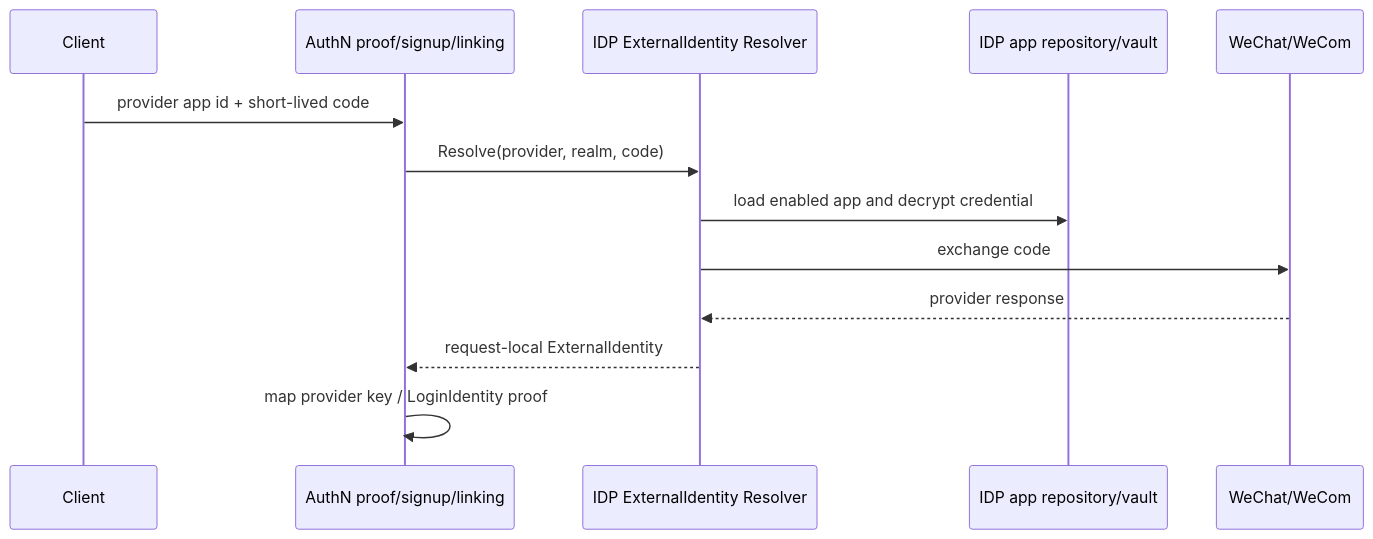
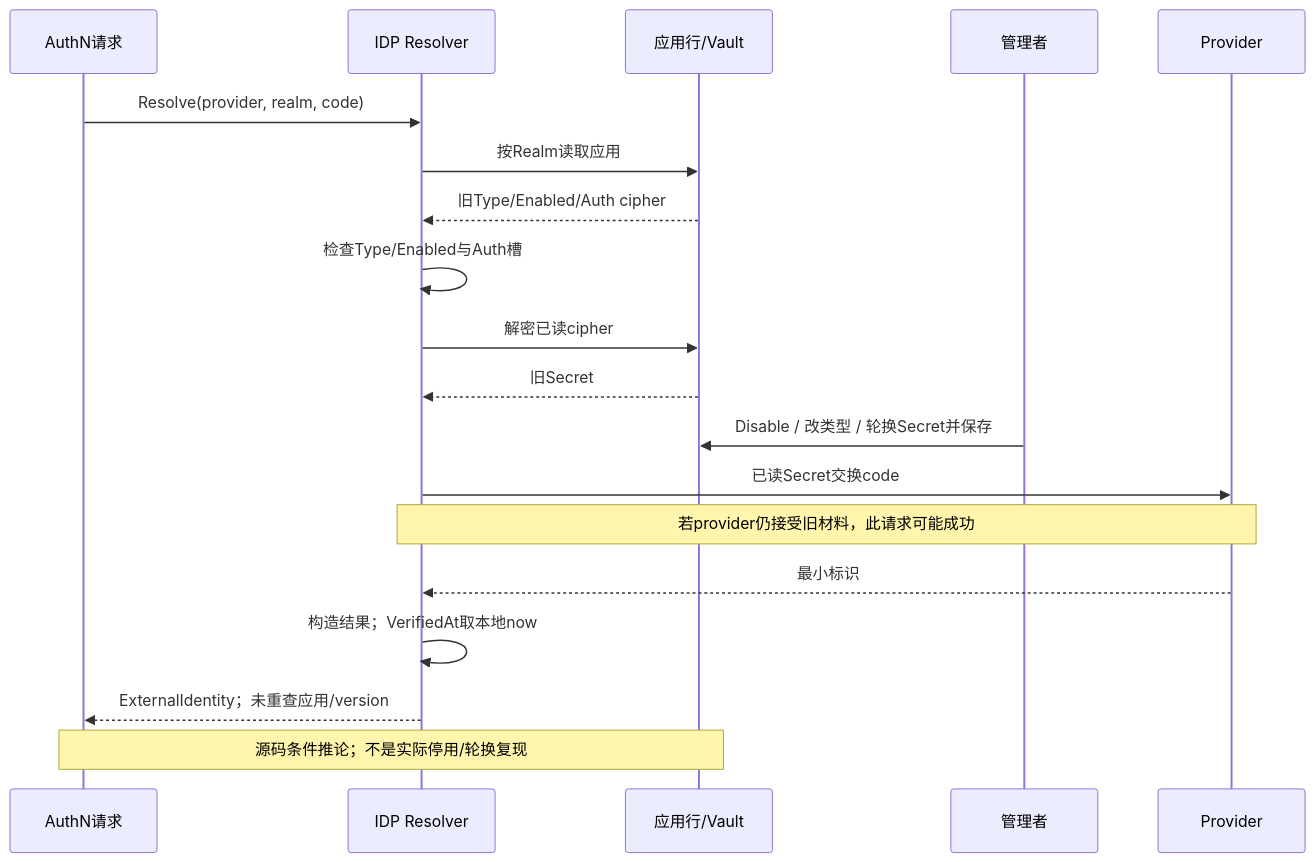
Before and after one commit to FangcunMount/iam: the second of 2 diagrams in docs/02-业务模块/04-IDP/02-外部身份解析与AuthN协作.md, drawn with Mermaid. The commit also changed other lines of this file and 36 other files, not shown here.

````diff
--- a/docs/02-业务模块/04-IDP/02-外部身份解析与AuthN协作.md
+++ b/docs/02-业务模块/04-IDP/02-外部身份解析与AuthN协作.md
@@ -7,15 +158,21 @@
 ```mermaid
 sequenceDiagram
-    participant C as Client
-    participant A as AuthN proof/signup/linking
-    participant R as IDP ExternalIdentity Resolver
-    participant D as IDP app repository/vault
-    participant P as WeChat/WeCom
-    C->>A: provider app id + short-lived code
+    participant A as AuthN请求
+    participant R as IDP Resolver
+    participant D as 应用行/Vault
+    participant M as 管理者
+    participant P as Provider
     A->>R: Resolve(provider, realm, code)
-    R->>D: load enabled app and decrypt credential
-    R->>P: exchange code
-    P-->>R: provider response
-    R-->>A: request-local ExternalIdentity
-    A->>A: map provider key / LoginIdentity proof
+    R->>D: 按Realm读取应用
+    D-->>R: 旧Type/Enabled/Auth cipher
+    R->>R: 检查Type/Enabled与Auth槽
+    R->>D: 解密已读cipher
+    D-->>R: 旧Secret
+    M->>D: Disable / 改类型 / 轮换Secret并保存
+    R->>P: 已读Secret交换code
+    Note over R,P: 若provider仍接受旧材料，此请求可能成功
+    P-->>R: 最小标识
+    R->>R: 构造结果；VerifiedAt取本地now
+    R-->>A: ExternalIdentity；未重查应用/version
+    Note over A,D: 源码条件推论；不是实际停用/轮换复现
 ```
````
